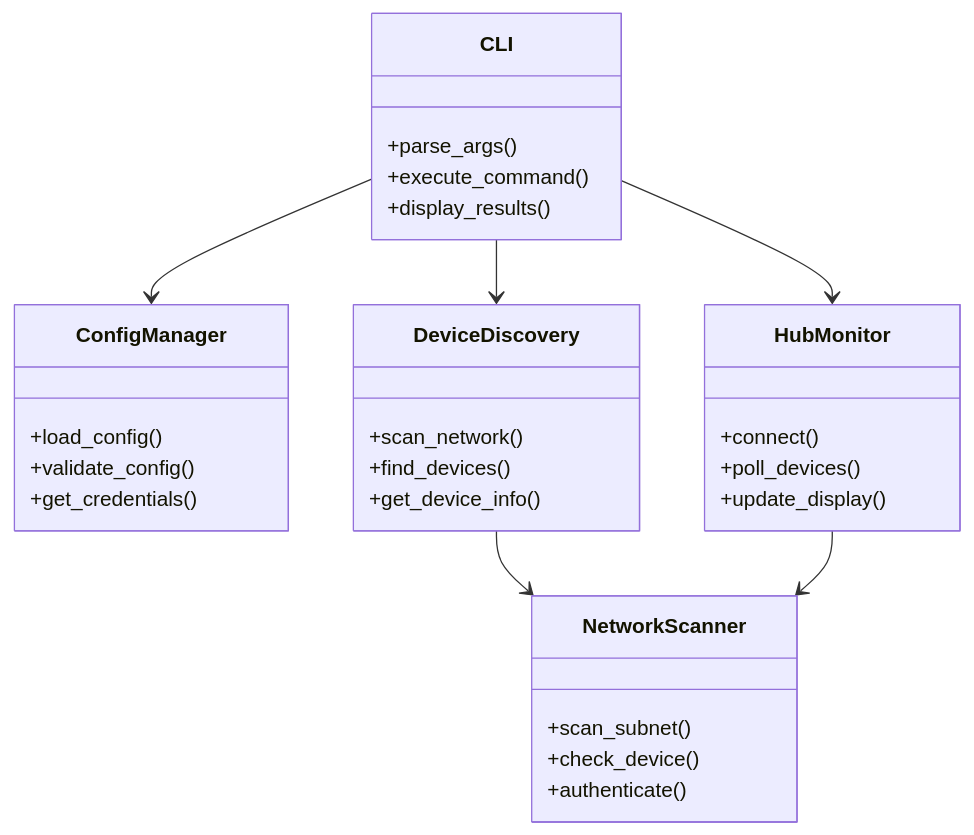
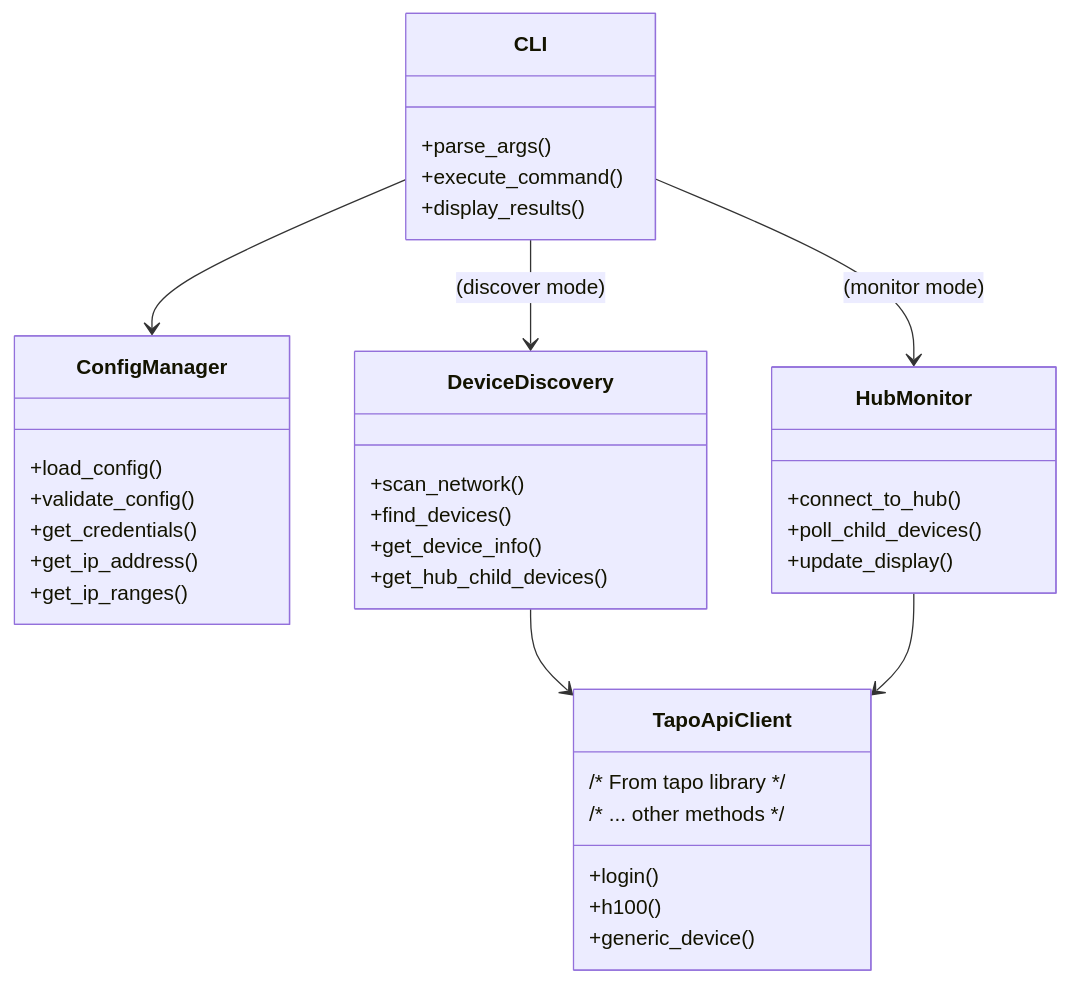
One commit to CaptainCodeAU/tapo_chatter changed the third of 3 diagrams in README.md. Above: the diagram before and after it, drawn with Mermaid. The commit also changed other lines of this file, not shown here.

````diff
--- a/README.md
+++ b/README.md
@@ -112,38 +396,42 @@
 ```mermaid
 classDiagram
     class CLI {
         +parse_args()
         +execute_command()
         +display_results()
     }
 
     class ConfigManager {
         +load_config()
         +validate_config()
         +get_credentials()
+        +get_ip_address()
+        +get_ip_ranges()
     }
 
     class DeviceDiscovery {
         +scan_network()
         +find_devices()
         +get_device_info()
+        +get_hub_child_devices()
     }
 
     class HubMonitor {
-        +connect()
-        +poll_devices()
+        +connect_to_hub()
+        +poll_child_devices()
         +update_display()
     }
 
-    class NetworkScanner {
-        +scan_subnet()
-        +check_device()
-        +authenticate()
+    class TapoApiClient { /* From tapo library */
+        +login()
+        +h100()
+        +generic_device()
+        /* ... other methods */
     }
 
     CLI --> ConfigManager
-    CLI --> DeviceDiscovery
-    CLI --> HubMonitor
-    DeviceDiscovery --> NetworkScanner
-    HubMonitor --> NetworkScanner
+    CLI --> DeviceDiscovery : (discover mode)
+    CLI --> HubMonitor : (monitor mode)
+    DeviceDiscovery --> TapoApiClient
+    HubMonitor --> TapoApiClient
 ```
````
